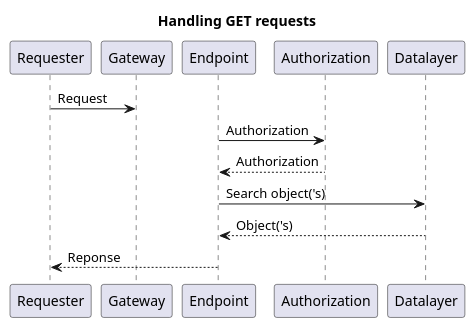
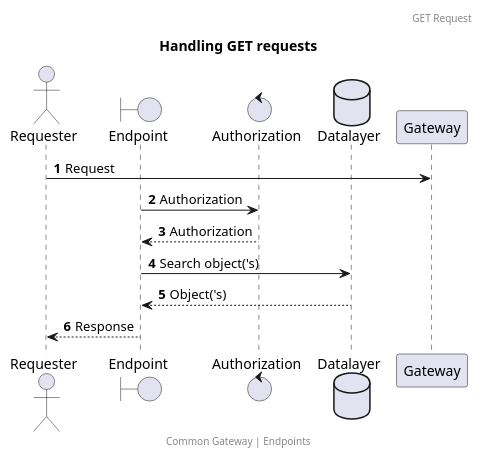
One commit to CommonGateway/CoreBundle changed the diagram in docs/features/request_get.puml. Above: the diagram before and after it, drawn with PlantUML. The commit also changed 6 other files, not shown here.

```diff
--- a/docs/features/request_get.puml
+++ b/docs/features/request_get.puml
@@ -1,9 +1,19 @@
 @startuml
 title: Handling GET requests
+footer: Common Gateway | Endpoints
+header: GET Request
+
+autonumber
+
+actor       Requester        as Requester
+boundary    Endpoint         as Endpoint
+control     Authorization    as Authorization
+database    Datalayer        as Datalayer
+
 Requester -> Gateway: Request
 Endpoint -> Authorization  : Authorization
 Authorization --> Endpoint  : Authorization
 Endpoint -> Datalayer : Search object('s)
 Datalayer --> Endpoint: Object('s)
-Endpoint --> Requester: Reponse
+Endpoint --> Requester: Response
 @enduml
```
